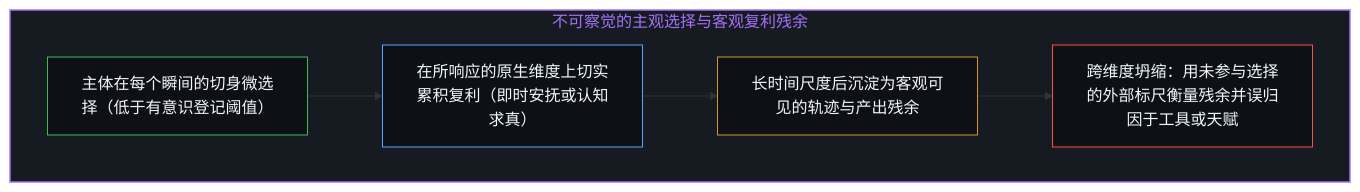
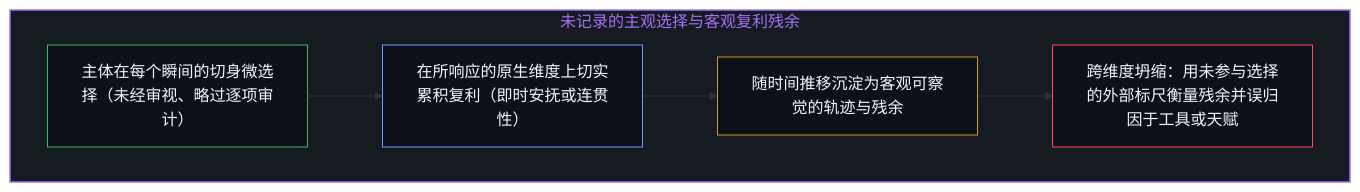
Before and after one commit to powerpig99/not-a-toe: the first of 4 diagrams in content/posts/the_illegible_compound_retraced.md, drawn with Mermaid. The commit also changed other lines of this file and 9 other files, not shown here.

````diff
--- a/content/posts/the_illegible_compound_retraced.md
+++ b/content/posts/the_illegible_compound_retraced.md
@@ -21,13 +21,13 @@
 ```mermaid
 graph TD
-    subgraph S_Compound["不可察觉的主观选择与客观复利残余"]
-        C1["主体在每个瞬间的切身微选择（低于有意识登记阈值）"] --> C2["在所响应的原生维度上切实累积复利（即时安抚或认知求真）"]
-        C2 --> C3["长时间尺度后沉淀为客观可见的轨迹与产出残余"]
+    subgraph S_Compound["未记录的主观选择与客观复利残余"]
+        C1["主体在每个瞬间的切身微选择（未经审视、略过逐项审计）"] --> C2["在所响应的原生维度上切实累积复利（即时安抚或连贯性）"]
+        C2 --> C3["随时间推移沉淀为客观可察觉的轨迹与残余"]
         C3 --> C4["跨维度坍缩：用未参与选择的外部标尺衡量残余并误归因于工具或天赋"]
     end
     style S_Compound fill:#161b22,stroke:#a371f7,stroke-width:1.5px,color:#a371f7
     style C1 fill:#0d1117,stroke:#3fb950,stroke-width:1px,color:#f0f6fc
     style C2 fill:#0d1117,stroke:#58a6ff,stroke-width:1px,color:#f0f6fc
     style C3 fill:#0d1117,stroke:#d29922,stroke-width:1px,color:#f0f6fc
     style C4 fill:#0d1117,stroke:#f85149,stroke-width:1px,color:#f0f6fc
 ```
````
